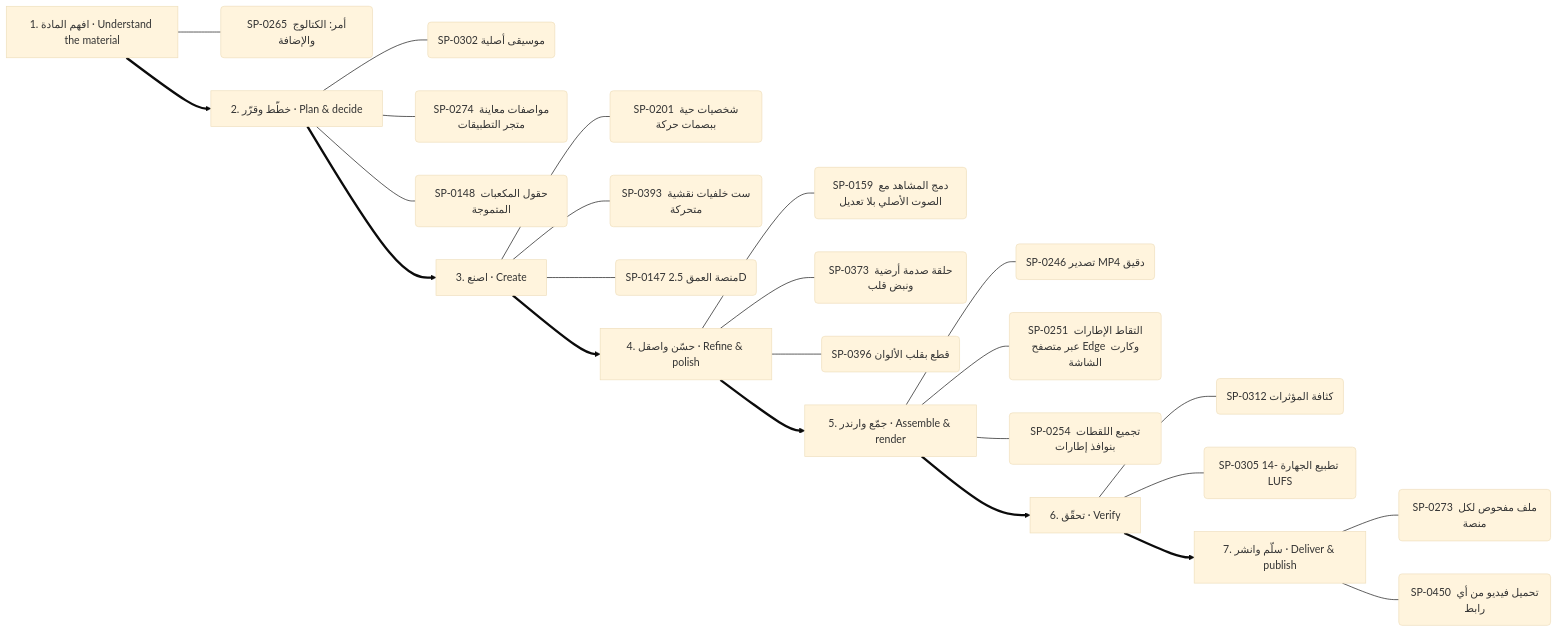
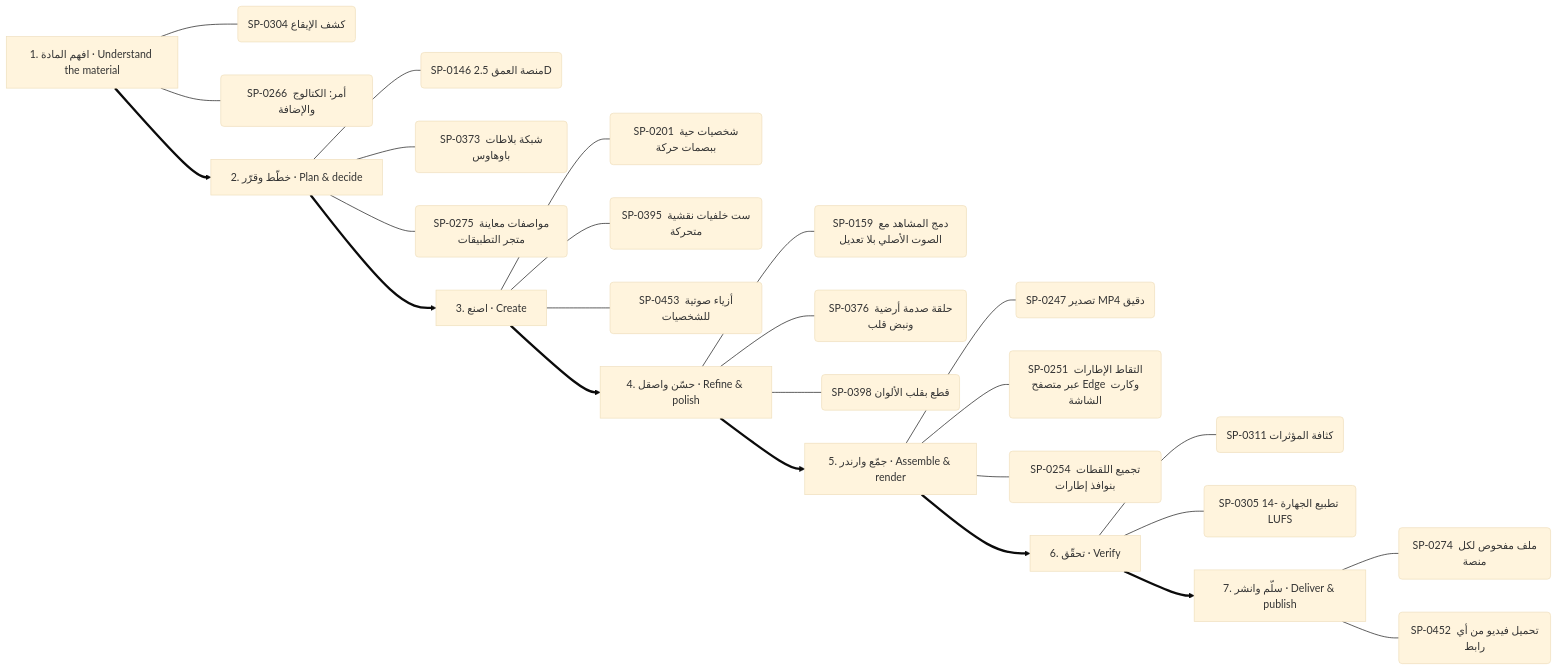
One commit to kosif199022-jpg/kosif-tool changed the fourth of 13 diagrams in .claude/skills/kosif-superpowers/references/capability-mindmap.md. Above: the diagram before and after it, drawn with Mermaid (base theme). The commit also changed other lines of this file and 35 other files, not shown here.

````diff
--- a/.claude/skills/kosif-superpowers/references/capability-mindmap.md
+++ b/.claude/skills/kosif-superpowers/references/capability-mindmap.md
@@ -225,33 +224,34 @@
 ```mermaid
 flowchart LR
   S0["1. افهم المادة · Understand the material"]
-  S0 --- S0_0("SP-0265 أمر: الكتالوج والإضافة")
+  S0 --- S0_0("SP-0304 كشف الإيقاع")
+  S0 --- S0_1("SP-0266 أمر: الكتالوج والإضافة")
   S1["2. خطّط وقرّر · Plan & decide"]
-  S1 --- S1_0("SP-0302 موسيقى أصلية")
-  S1 --- S1_1("SP-0274 مواصفات معاينة متجر التطبيقات")
-  S1 --- S1_2("SP-0148 حقول المكعبات المتموجة")
+  S1 --- S1_0("SP-0146 منصة العمق 2.5D")
+  S1 --- S1_1("SP-0373 شبكة بلاطات باوهاوس")
+  S1 --- S1_2("SP-0275 مواصفات معاينة متجر التطبيقات")
   S0 ==> S1
   S2["3. اصنع · Create"]
   S2 --- S2_0("SP-0201 شخصيات حية ببصمات حركة")
-  S2 --- S2_1("SP-0393 ست خلفيات نقشية متحركة")
-  S2 --- S2_2("SP-0147 منصة العمق 2.5D")
+  S2 --- S2_1("SP-0395 ست خلفيات نقشية متحركة")
+  S2 --- S2_2("SP-0453 أزياء صوتية للشخصيات")
   S1 ==> S2
   S3["4. حسّن واصقل · Refine & polish"]
   S3 --- S3_0("SP-0159 دمج المشاهد مع الصوت الأصلي بلا تعديل")
-  S3 --- S3_1("SP-0373 حلقة صدمة أرضية ونبض قلب")
-  S3 --- S3_2("SP-0396 قطع بقلب الألوان")
+  S3 --- S3_1("SP-0376 حلقة صدمة أرضية ونبض قلب")
+  S3 --- S3_2("SP-0398 قطع بقلب الألوان")
   S2 ==> S3
   S4["5. جمّع وارندر · Assemble & render"]
-  S4 --- S4_0("SP-0246 تصدير MP4 دقيق")
+  S4 --- S4_0("SP-0247 تصدير MP4 دقيق")
   S4 --- S4_1("SP-0251 التقاط الإطارات عبر متصفح Edge وكارت الشاشة")
   S4 --- S4_2("SP-0254 تجميع اللقطات بنوافذ إطارات")
   S3 ==> S4
   S5["6. تحقّق · Verify"]
-  S5 --- S5_0("SP-0312 كثافة المؤثرات")
+  S5 --- S5_0("SP-0311 كثافة المؤثرات")
   S5 --- S5_1("SP-0305 تطبيع الجهارة -14 LUFS")
   S4 ==> S5
   S6["7. سلّم وانشر · Deliver & publish"]
-  S6 --- S6_0("SP-0273 ملف مفحوص لكل منصة")
-  S6 --- S6_1("SP-0450 تحميل فيديو من أي رابط")
+  S6 --- S6_0("SP-0274 ملف مفحوص لكل منصة")
+  S6 --- S6_1("SP-0452 تحميل فيديو من أي رابط")
   S5 ==> S6
 ```
````
